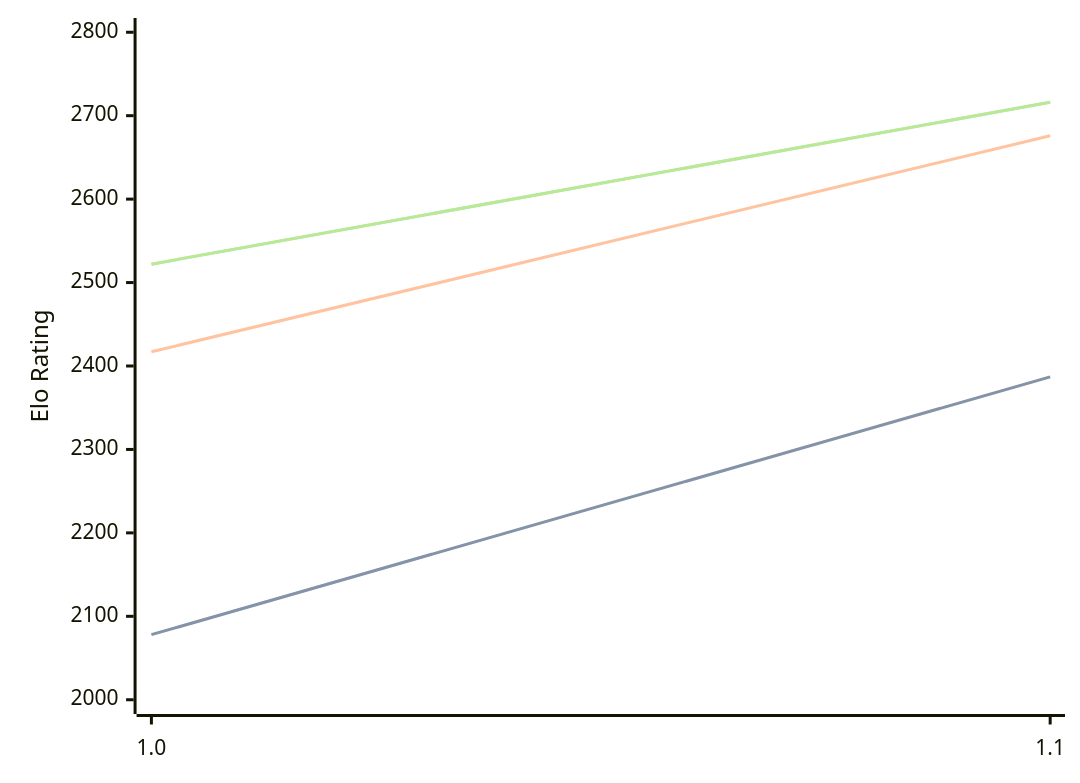
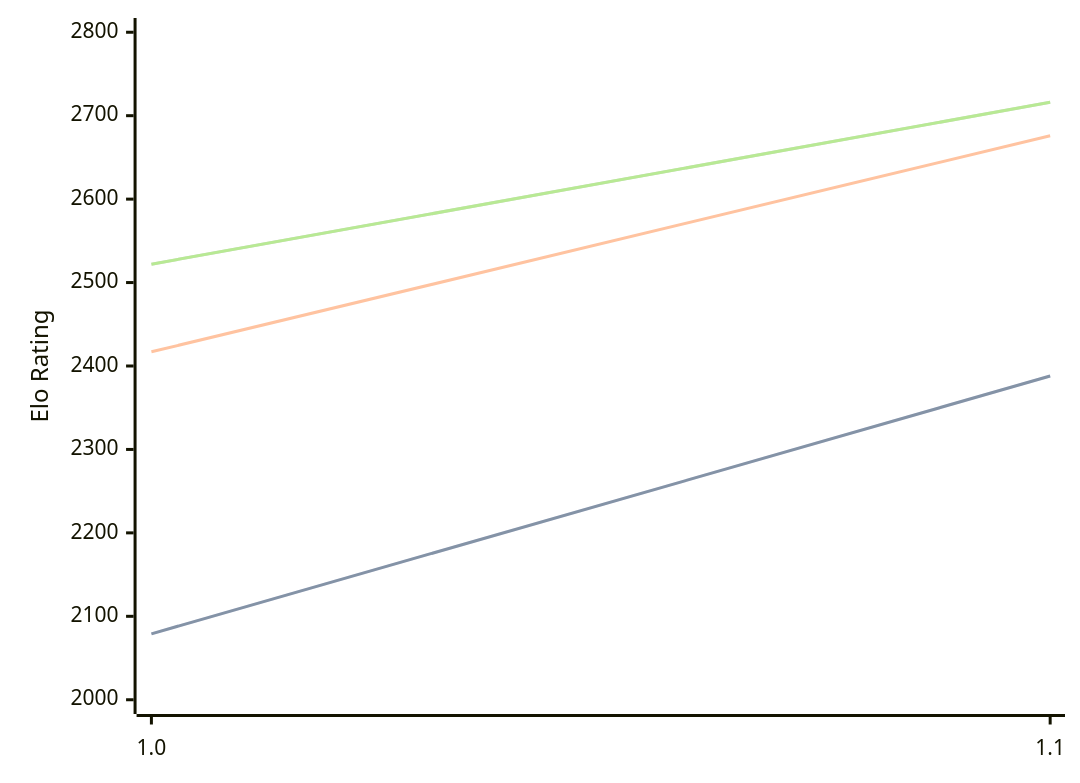
Before and after one commit to computer-chess-index/cci: the diagram in engines/Erinn.md, drawn with Mermaid. The commit also changed other lines of this file, not shown here.

````diff
--- a/engines/Erinn.md
+++ b/engines/Erinn.md
@@ -32,11 +32,11 @@
 ```mermaid
 %%{init: {"theme":"base","themeVariables":{"seriesColors:['#a3a3a3','#222221','#faa371']}}}%%
 xychart-beta
   x-axis ["1.0", "1.1"]
   y-axis "Elo Rating" 2000 --> 2800
-  line "STC (8.0+0.08s)" [2078, 2387]
-  line "STC (8.0+0.08s)" [2078, 2387]
+  line "STC (8.0+0.08s)" [2079, 2388]
+  line "STC (8.0+0.08s)" [2079, 2388]
   line "LTC (60.0+0.60s)" [2417, 2676]
   line "VLTC (2m24s+1.12s)" [2522, 2716]
   line "VLTC (2m24s+1.12s)" [2522, 2716]
 ```
````
